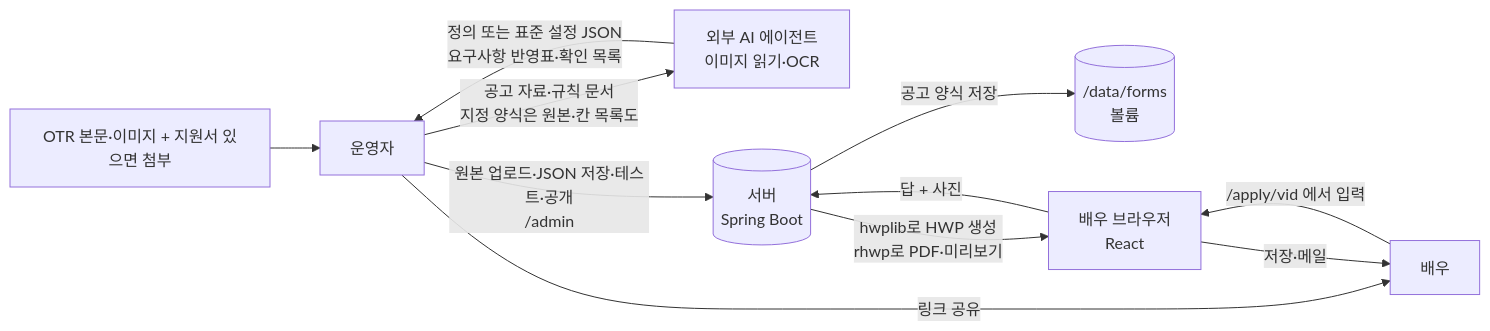
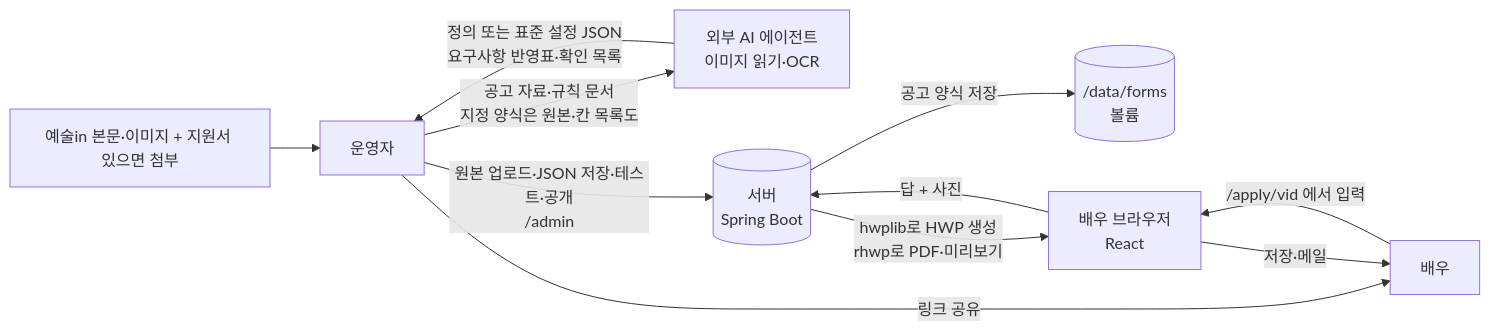
One commit to yesulIn-prototype/actor-apply-write changed the first of 3 diagrams in design/how-it-works.md. Above: the diagram before and after it, drawn with Mermaid. The commit also changed other lines of this file and 13 other files, not shown here.

````diff
--- a/design/how-it-works.md
+++ b/design/how-it-works.md
@@ -9,13 +9,13 @@
 ```mermaid
 flowchart LR
-  OTR[OTR 본문·이미지 + 지원서 있으면 첨부] --> OP[운영자]
+  예술in[예술in 본문·이미지 + 지원서 있으면 첨부] --> OP[운영자]
   OP -- 공고 자료·규칙 문서<br/>지정 양식은 원본·칸 목록도 --> AG[외부 AI 에이전트<br/>이미지 읽기·OCR]
   AG -- 정의 또는 표준 설정 JSON<br/>요구사항 반영표·확인 목록 --> OP
   OP -- 원본 업로드·JSON 저장·테스트·공개<br/>/admin --> SV[(서버<br/>Spring Boot)]
   SV -- 공고 양식 저장 --> VOL[(/data/forms<br/>볼륨)]
   OP -- 링크 공유 --> ACT[배우]
   ACT -- /apply/vid 에서 입력 --> BR[배우 브라우저<br/>React]
   BR -- 답 + 사진 --> SV
   SV -- hwplib로 HWP 생성<br/>rhwp로 PDF·미리보기 --> BR
   BR -- 저장·메일 --> ACT
 ```
````
